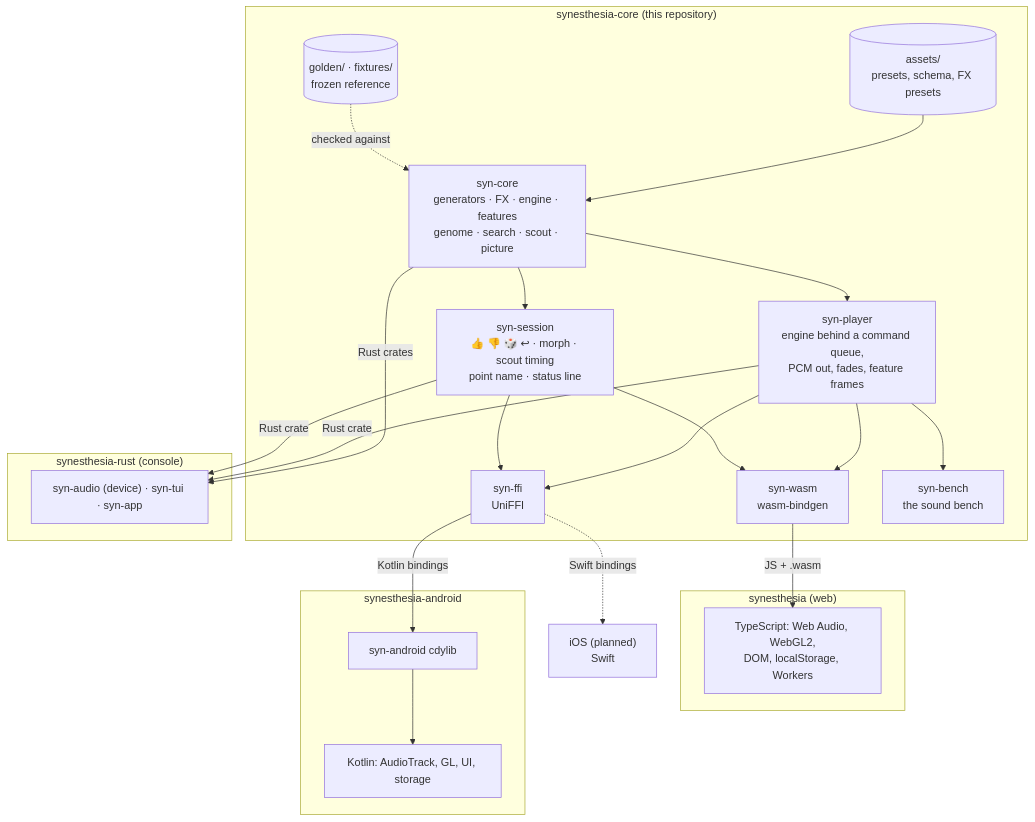
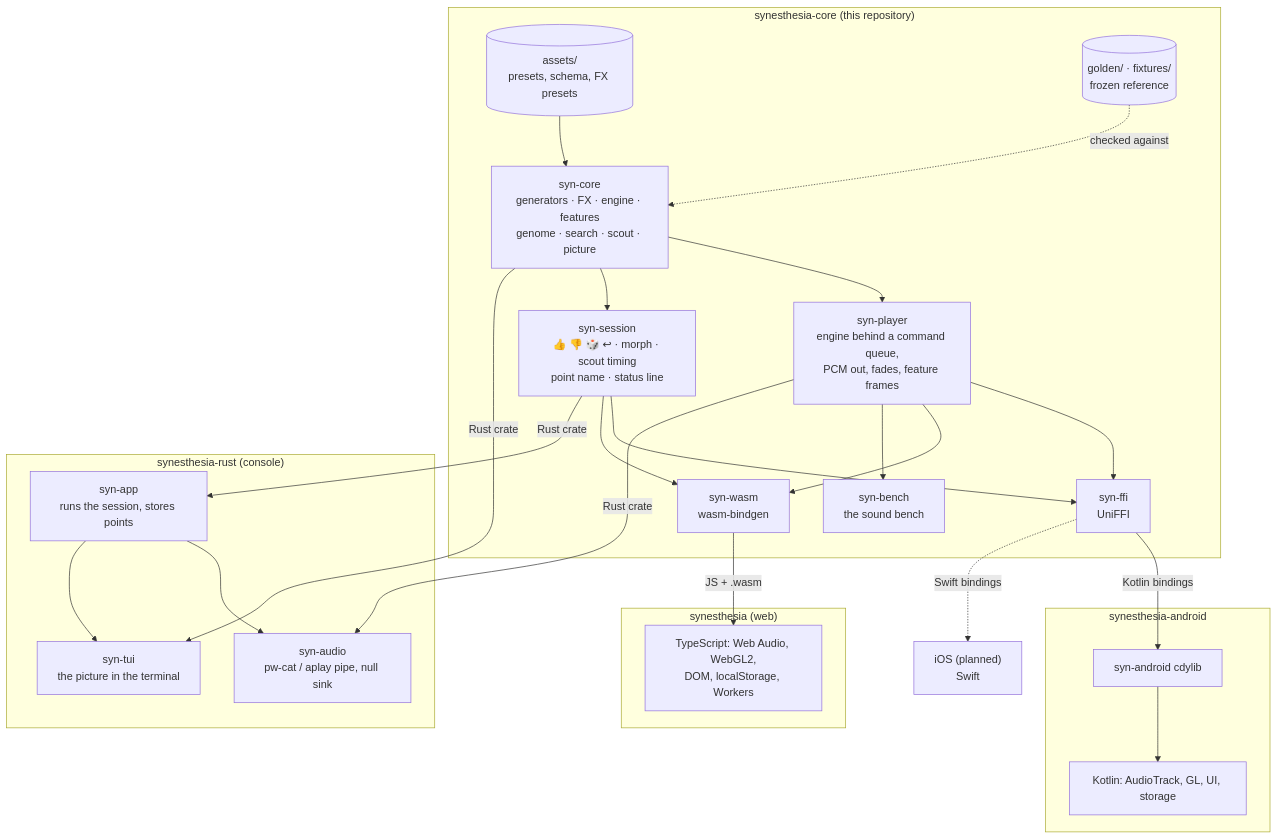
The diagram in README.md (dmitryweiner/synesthesia-core), drawn with Mermaid before and after one commit. The commit also changed other lines of this file, not shown here.

````diff
--- a/README.md
+++ b/README.md
@@ -19,41 +19,45 @@
 ```mermaid
 flowchart TB
     subgraph core["synesthesia-core (this repository)"]
         assets[("assets/<br/>presets, schema, FX presets")]
         syncore["syn-core<br/>generators · FX · engine · features<br/>genome · search · scout · picture"]
         player["syn-player<br/>engine behind a command queue,<br/>PCM out, fades, feature frames"]
         session["syn-session<br/>👍 👎 🎲 ↩ · morph · scout timing<br/>point name · status line"]
         ffi["syn-ffi<br/>UniFFI"]
         wasm["syn-wasm<br/>wasm-bindgen"]
         bench["syn-bench<br/>the sound bench"]
         tests[("golden/ · fixtures/<br/>frozen reference")]
 
         assets --> syncore
         syncore --> player
         syncore --> session
         player --> ffi
         session --> ffi
         player --> wasm
         session --> wasm
         player --> bench
         tests -. checked against .-> syncore
     end
 
     subgraph web["synesthesia (web)"]
         webapp["TypeScript: Web Audio, WebGL2,<br/>DOM, localStorage, Workers"]
     end
     subgraph android["synesthesia-android"]
         synandroid["syn-android cdylib"] --> kotlin["Kotlin: AudioTrack, GL, UI, storage"]
     end
     subgraph console["synesthesia-rust (console)"]
-        consoleapp["syn-audio (device) · syn-tui · syn-app"]
+        synapp["syn-app<br/>runs the session, stores points"]
+        synaudio["syn-audio<br/>pw-cat / aplay pipe, null sink"]
+        syntui["syn-tui<br/>the picture in the terminal"]
+        synapp --> synaudio
+        synapp --> syntui
     end
     ios["iOS (planned)<br/>Swift"]
 
     wasm -- "JS + .wasm" --> webapp
     ffi -- "Kotlin bindings" --> synandroid
-    syncore -- "Rust crates" --> consoleapp
-    player -- "Rust crate" --> consoleapp
-    session -- "Rust crate" --> consoleapp
+    session -- "Rust crate" --> synapp
+    player -- "Rust crate" --> synaudio
+    syncore -- "Rust crate" --> syntui
     ffi -. "Swift bindings" .-> ios
 ```
````
